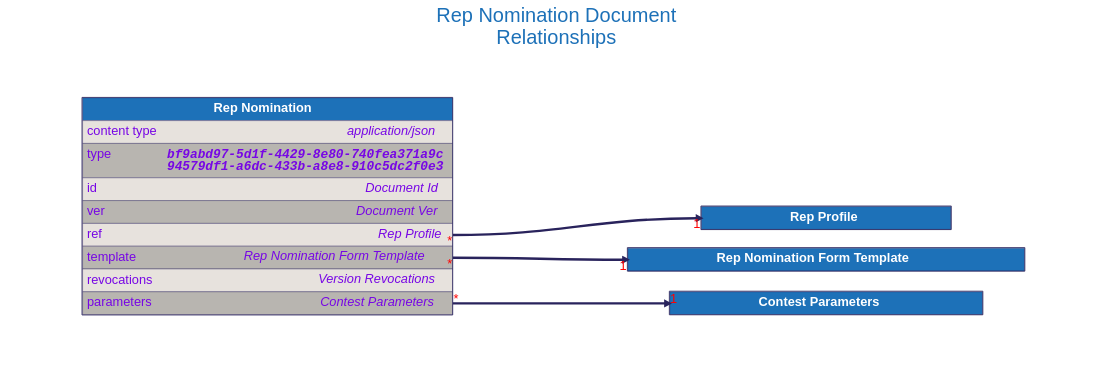
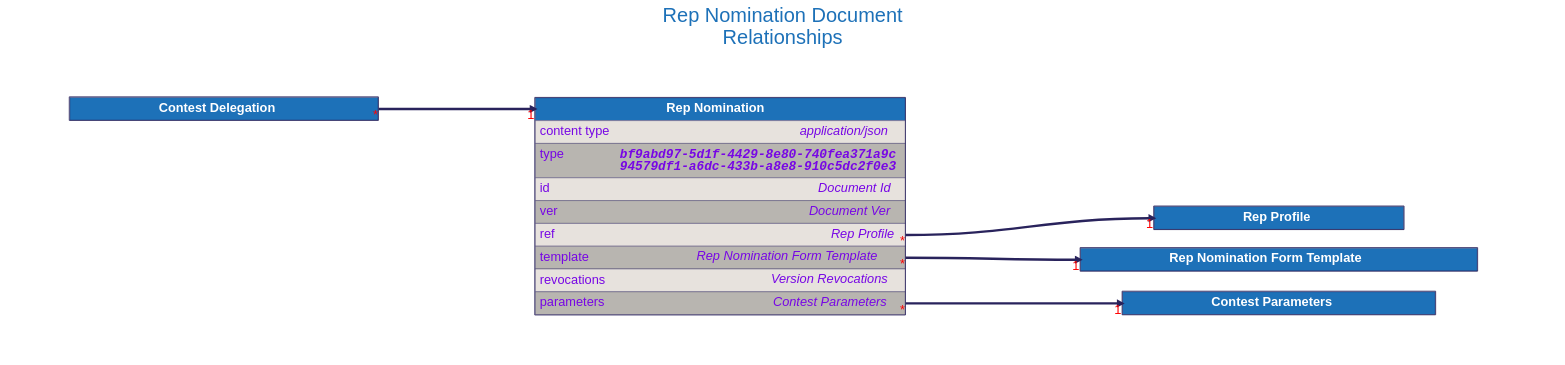
One commit to input-output-hk/catalyst-libs changed the diagram in docs/src/architecture/08_concepts/signed_doc/diagrams/rep_nomination.dot. Above: the diagram before and after it, drawn with Graphviz. The commit also changed 31 other files, not shown here.

```diff
--- a/docs/src/architecture/08_concepts/signed_doc/diagrams/rep_nomination.dot
+++ b/docs/src/architecture/08_concepts/signed_doc/diagrams/rep_nomination.dot
@@ -1,159 +1,175 @@
 digraph "Rep Nomination" {
     rankdir="LR"
     graph [fontname="helvetica", fontsize="32", fontcolor="#29235c", bgcolor="white"];
     node [penwidth="0", margin="0", fontname="helvetica", fontsize="32", fontcolor="#29235c"];
     edge [fontname="helvetica", fontsize="32", fontcolor="red", color="#29235c"];
 
     labelloc="t"
     label="Rep Nomination Document
 Relationships"
     fontcolor="#1d71b8"
     fontsize=50
     compound=true
 
 
 
     "Rep Profile" [
         id="Rep Profile";
         label=<
             <TABLE BORDER="2" COLOR="#29235c" CELLBORDER="1" CELLSPACING="0" CELLPADDING="10">
             <TR>
                 <TD PORT="title" BGCOLOR="#1d71b8" HREF="../rep_profile/">
                     <FONT COLOR="#ffffff"><B> Rep Profile </B></FONT>
                 </TD>
             </TR>
 
             </TABLE>
         >
     ];
 
 
     "Rep Nomination Form Template" [
         id="Rep Nomination Form Template";
         label=<
             <TABLE BORDER="2" COLOR="#29235c" CELLBORDER="1" CELLSPACING="0" CELLPADDING="10">
             <TR>
                 <TD PORT="title" BGCOLOR="#1d71b8" HREF="../rep_nomination_form_template/">
                     <FONT COLOR="#ffffff"><B> Rep Nomination Form Template </B></FONT>
                 </TD>
             </TR>
 
             </TABLE>
         >
     ];
 
 
     "Contest Parameters" [
         id="Contest Parameters";
         label=<
             <TABLE BORDER="2" COLOR="#29235c" CELLBORDER="1" CELLSPACING="0" CELLPADDING="10">
             <TR>
                 <TD PORT="title" BGCOLOR="#1d71b8" HREF="../contest_parameters/">
                     <FONT COLOR="#ffffff"><B> Contest Parameters </B></FONT>
                 </TD>
             </TR>
 
             </TABLE>
         >
     ];
 
 
     "Rep Nomination" [
         id="Rep Nomination";
         label=<
             <TABLE BORDER="2" COLOR="#29235c" CELLBORDER="1" CELLSPACING="0" CELLPADDING="10">
             <TR>
                 <TD PORT="title" BGCOLOR="#1d71b8" HREF="../rep_nomination/">
                     <FONT COLOR="#ffffff"><B> Rep Nomination </B></FONT>
                 </TD>
             </TR>
             <TR>
                 <TD ALIGN="LEFT" PORT="content type" BGCOLOR="#e7e2dd">
                     <TABLE CELLPADDING="0" CELLSPACING="0" BORDER="0">
                         <TR>
                             <TD ALIGN="LEFT" VALIGN="TOP" WIDTH="200"><FONT COLOR="#7706E5">content type</FONT></TD>
                             <TD ALIGN="RIGHT"><FONT COLOR="#7706E5"><I>application/json</I></FONT></TD>
                         </TR>
                     </TABLE>
                 </TD>
             </TR>
             <TR>
                 <TD ALIGN="LEFT" PORT="type" BGCOLOR="#b8b5b0">
                     <TABLE CELLPADDING="0" CELLSPACING="0" BORDER="0">
                         <TR>
                             <TD ALIGN="LEFT" VALIGN="TOP" WIDTH="200"><FONT COLOR="#7706E5">type</FONT></TD>
                             <TD ALIGN="RIGHT"><FONT FACE="Courier" COLOR="#7706E5"><B><I>bf9abd97-5d1f-4429-8e80-740fea371a9c<BR />94579df1-a6dc-433b-a8e8-910c5dc2f0e3</I></B></FONT></TD>
                         </TR>
                     </TABLE>
                 </TD>
             </TR>
             <TR>
                 <TD ALIGN="LEFT" PORT="id" BGCOLOR="#e7e2dd">
                     <TABLE CELLPADDING="0" CELLSPACING="0" BORDER="0">
                         <TR>
                             <TD ALIGN="LEFT" VALIGN="TOP" WIDTH="200"><FONT COLOR="#7706E5">id</FONT></TD>
                             <TD ALIGN="RIGHT"><FONT COLOR="#7706E5"><I>Document Id</I></FONT></TD>
                         </TR>
                     </TABLE>
                 </TD>
             </TR>
             <TR>
                 <TD ALIGN="LEFT" PORT="ver" BGCOLOR="#b8b5b0">
                     <TABLE CELLPADDING="0" CELLSPACING="0" BORDER="0">
                         <TR>
                             <TD ALIGN="LEFT" VALIGN="TOP" WIDTH="200"><FONT COLOR="#7706E5">ver</FONT></TD>
                             <TD ALIGN="RIGHT"><FONT COLOR="#7706E5"><I>Document Ver</I></FONT></TD>
                         </TR>
                     </TABLE>
                 </TD>
             </TR>
             <TR>
                 <TD ALIGN="LEFT" PORT="ref" BGCOLOR="#e7e2dd">
                     <TABLE CELLPADDING="0" CELLSPACING="0" BORDER="0">
                         <TR>
                             <TD ALIGN="LEFT" VALIGN="TOP" WIDTH="200"><FONT COLOR="#7706E5">ref</FONT></TD>
                             <TD ALIGN="RIGHT"><FONT COLOR="#7706E5"><I>Rep Profile</I></FONT></TD>
                         </TR>
                     </TABLE>
                 </TD>
             </TR>
             <TR>
                 <TD ALIGN="LEFT" PORT="template" BGCOLOR="#b8b5b0">
                     <TABLE CELLPADDING="0" CELLSPACING="0" BORDER="0">
                         <TR>
                             <TD ALIGN="LEFT" VALIGN="TOP" WIDTH="200"><FONT COLOR="#7706E5">template</FONT></TD>
                             <TD ALIGN="RIGHT"><FONT COLOR="#7706E5"><I>Rep Nomination Form Template</I></FONT></TD>
                         </TR>
                     </TABLE>
                 </TD>
             </TR>
             <TR>
                 <TD ALIGN="LEFT" PORT="revocations" BGCOLOR="#e7e2dd">
                     <TABLE CELLPADDING="0" CELLSPACING="0" BORDER="0">
                         <TR>
                             <TD ALIGN="LEFT" VALIGN="TOP" WIDTH="200"><FONT COLOR="#7706E5">revocations</FONT></TD>
                             <TD ALIGN="RIGHT"><FONT COLOR="#7706E5"><I>Version Revocations</I></FONT></TD>
                         </TR>
                     </TABLE>
                 </TD>
             </TR>
             <TR>
                 <TD ALIGN="LEFT" PORT="parameters" BGCOLOR="#b8b5b0">
                     <TABLE CELLPADDING="0" CELLSPACING="0" BORDER="0">
                         <TR>
                             <TD ALIGN="LEFT" VALIGN="TOP" WIDTH="200"><FONT COLOR="#7706E5">parameters</FONT></TD>
                             <TD ALIGN="RIGHT"><FONT COLOR="#7706E5"><I>Contest Parameters</I></FONT></TD>
                         </TR>
                     </TABLE>
                 </TD>
             </TR>
 
             </TABLE>
         >
     ];
 
 
+    "Contest Delegation" [
+        id="Contest Delegation";
+        label=<
+            <TABLE BORDER="2" COLOR="#29235c" CELLBORDER="1" CELLSPACING="0" CELLPADDING="10">
+            <TR>
+                <TD PORT="title" BGCOLOR="#1d71b8" HREF="../contest_delegation/">
+                    <FONT COLOR="#ffffff"><B> Contest Delegation </B></FONT>
+                </TD>
+            </TR>
+
+            </TABLE>
+        >
+    ];
+
+
     "Rep Nomination":"ref":e -> "Rep Profile":"title":w [dir=forward, penwidth=6, color="#29235c", headlabel="1", taillabel="*"]
     "Rep Nomination":"template":e -> "Rep Nomination Form Template":"title":w [dir=forward, penwidth=6, color="#29235c", headlabel="1", taillabel="*"]
     "Rep Nomination":"parameters":e -> "Contest Parameters":"title":w [dir=forward, penwidth=6, color="#29235c", headlabel="1", taillabel="*"]
+    "Contest Delegation":"title":e -> "Rep Nomination":"title":w [dir=forward, penwidth=6, color="#29235c", headlabel="1", taillabel="*"]
 }
```
